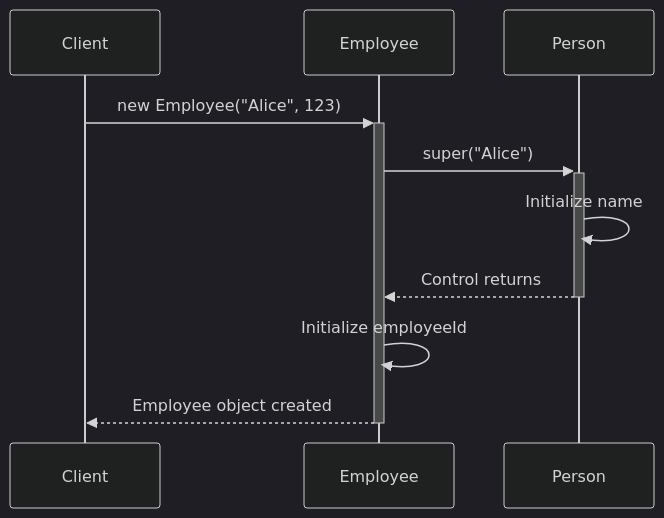
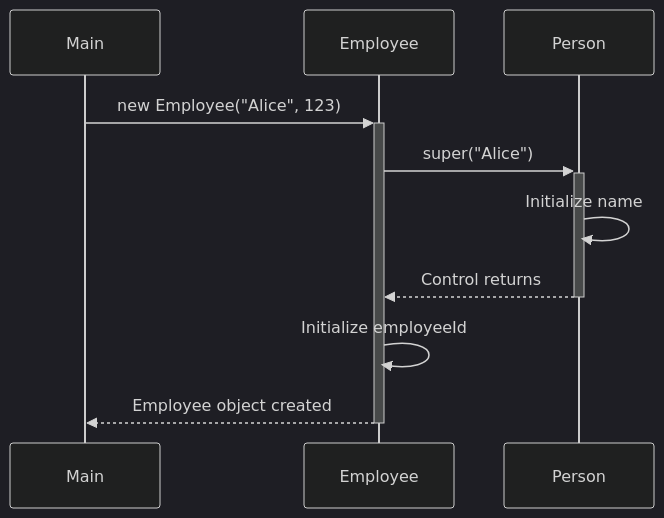
One commit to DanielCreggOrganization/ooc-w10-lab-inheritance-template changed the seventh of 7 diagrams in README.md. Above: the diagram before and after it, drawn with Mermaid (dark theme). The commit also changed other lines of this file, not shown here.

````diff
--- a/README.md
+++ b/README.md
@@ -327,9 +366,9 @@
 ```mermaid
 sequenceDiagram
-    Client->>+Employee: new Employee("Alice", 123)
+    Main->>+Employee: new Employee("Alice", 123)
     Employee->>+Person: super("Alice")
     Person->>Person: Initialize name
     Person-->>-Employee: Control returns
     Employee->>Employee: Initialize employeeId
-    Employee-->>-Client: Employee object created
+    Employee-->>-Main: Employee object created
 ```
````
